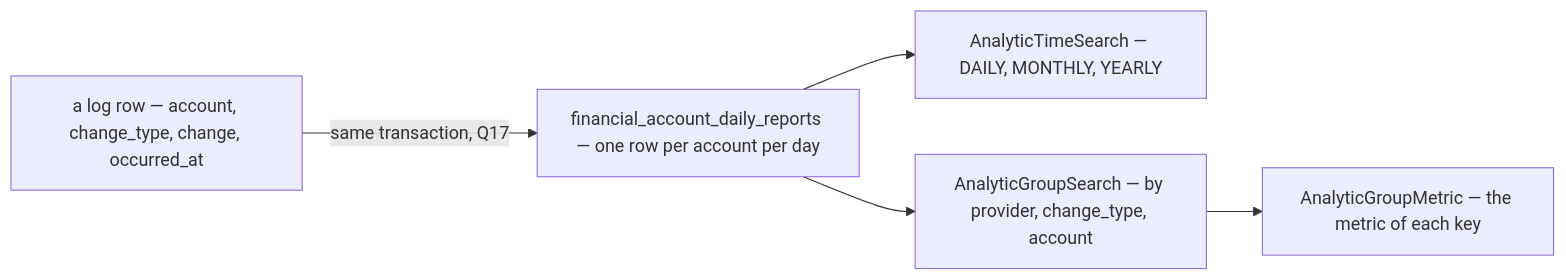
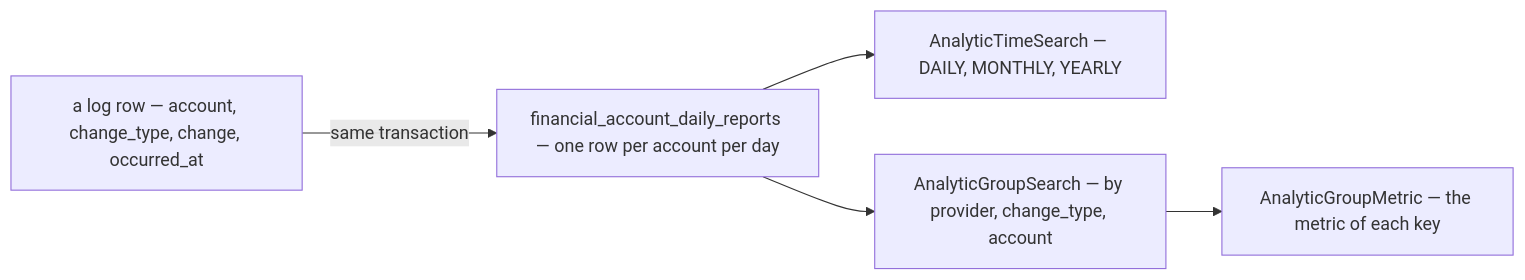
One commit to pdcgo/warehouse_revamp changed the sixth of 6 diagrams in docs/business/financial_account/context_clarify.md. Above: the diagram before and after it, drawn with Mermaid. The commit also changed other lines of this file and 3 other files, not shown here.

First line of the commit message:
financial_account: record the analytics' day, grain and write - nothing left open

````diff
--- a/docs/business/financial_account/context_clarify.md
+++ b/docs/business/financial_account/context_clarify.md
@@ -320,7 +321,7 @@
 ```mermaid
 flowchart LR
-  L["a log row — account, change_type, change, occurred_at"] -->|"same transaction, Q17"| D["financial_account_daily_reports — one row per account per day"]
+  L["a log row — account, change_type, change, occurred_at"] -->|"same transaction"| D["financial_account_daily_reports — one row per account per day"]
   D --> TS["AnalyticTimeSearch — DAILY, MONTHLY, YEARLY"]
   D --> GS["AnalyticGroupSearch — by provider, change_type, account"]
   GS --> GM["AnalyticGroupMetric — the metric of each key"]
 ```
````
